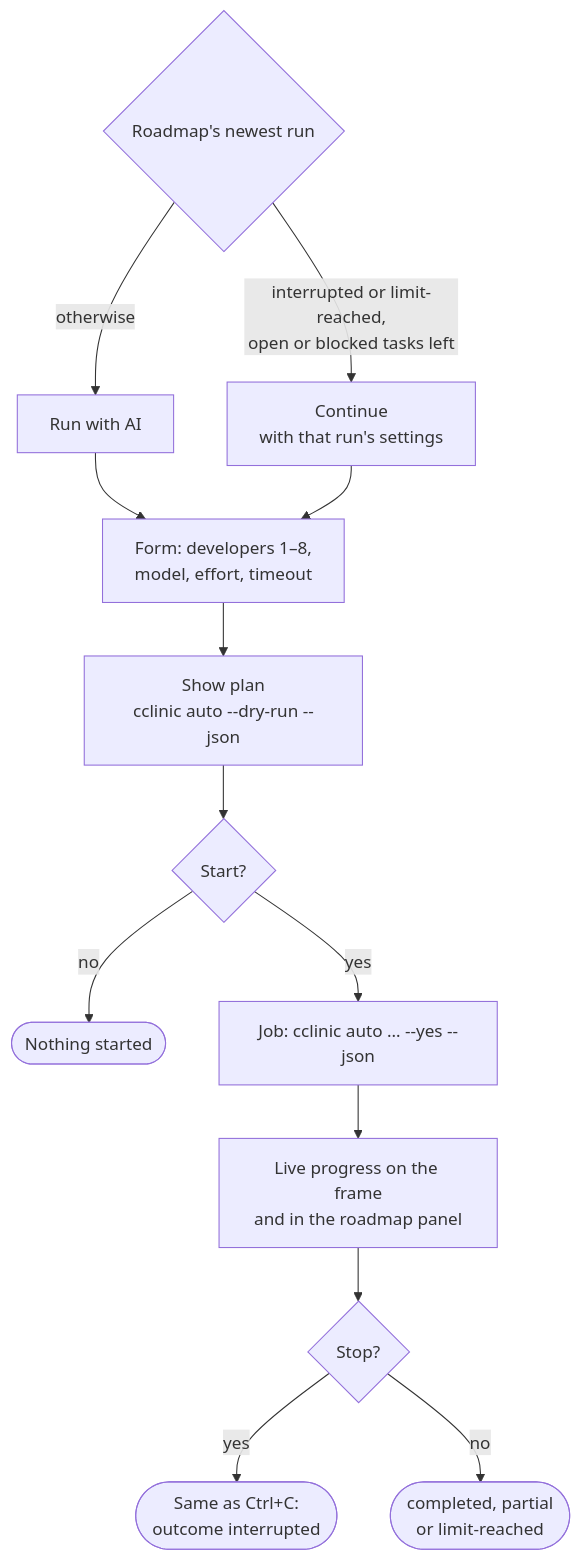
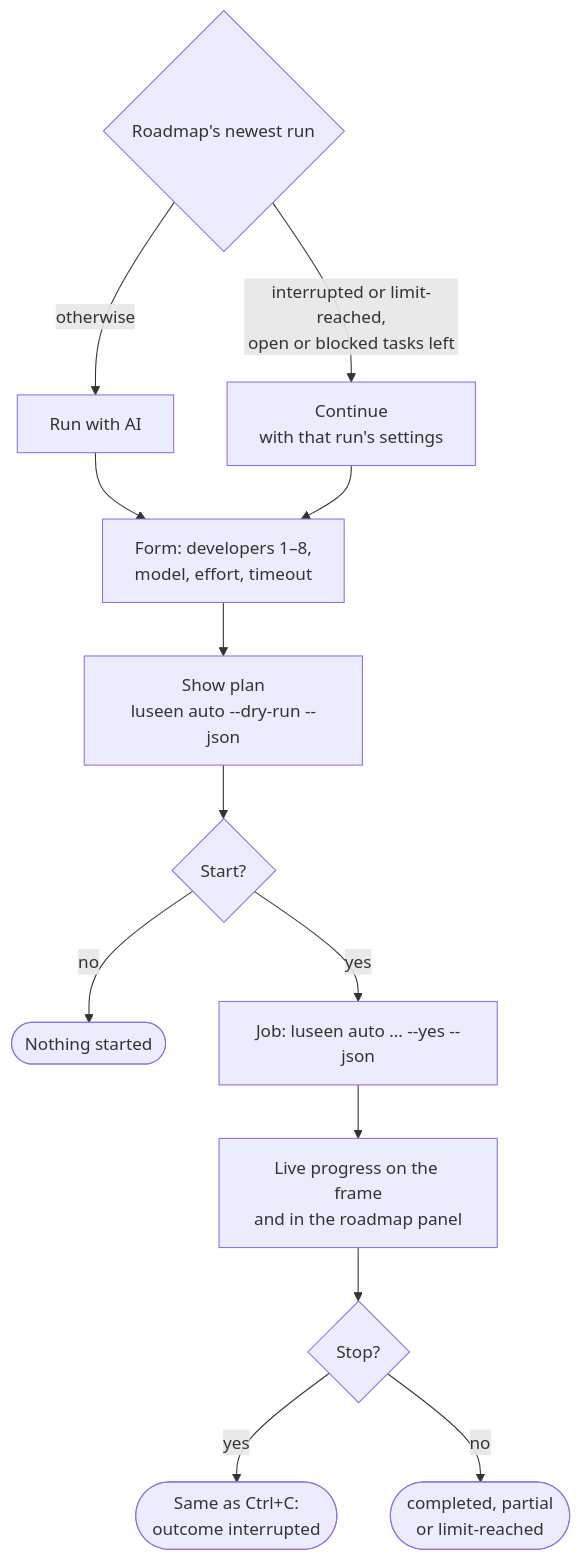
The seventh of 8 diagrams in GUI_FLOW.md (Hayko97/cclinic), drawn with Mermaid before and after one commit. The commit also changed other lines of this file and 311 other files, not shown here.

````diff
--- a/GUI_FLOW.md
+++ b/GUI_FLOW.md
@@ -177,16 +177,16 @@
 ```mermaid
 flowchart TD
     B{Roadmap's newest run}
     B -- otherwise --> RA[Run with AI]
     B -- interrupted or limit-reached,<br/>open or blocked tasks left --> CO[Continue<br/>with that run's settings]
     RA --> F[Form: developers 1–8,<br/>model, effort, timeout]
     CO --> F
-    F --> P[Show plan<br/>cclinic auto --dry-run --json]
+    F --> P[Show plan<br/>luseen auto --dry-run --json]
     P --> Q{Start?}
     Q -- no --> N([Nothing started])
-    Q -- yes --> J[Job: cclinic auto … --yes --json]
+    Q -- yes --> J[Job: luseen auto … --yes --json]
     J --> L[Live progress on the frame<br/>and in the roadmap panel]
     L --> St{Stop?}
     St -- yes --> I([Same as Ctrl+C:<br/>outcome interrupted])
     St -- no --> E([completed, partial<br/>or limit-reached])
 ```
````
